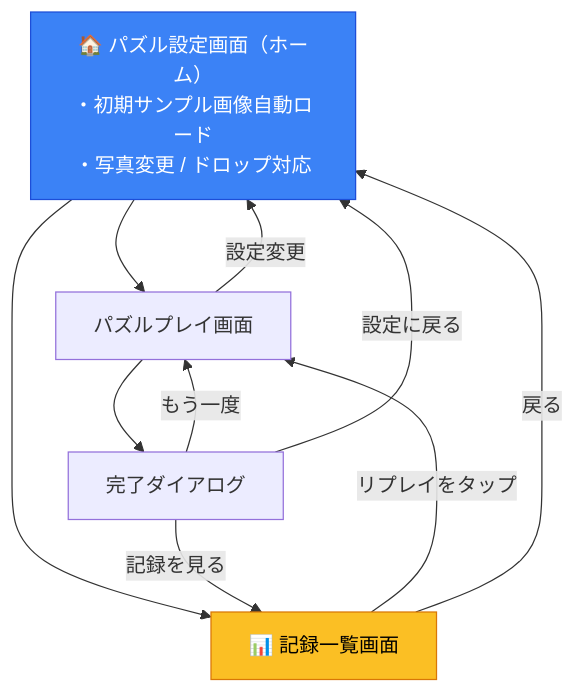
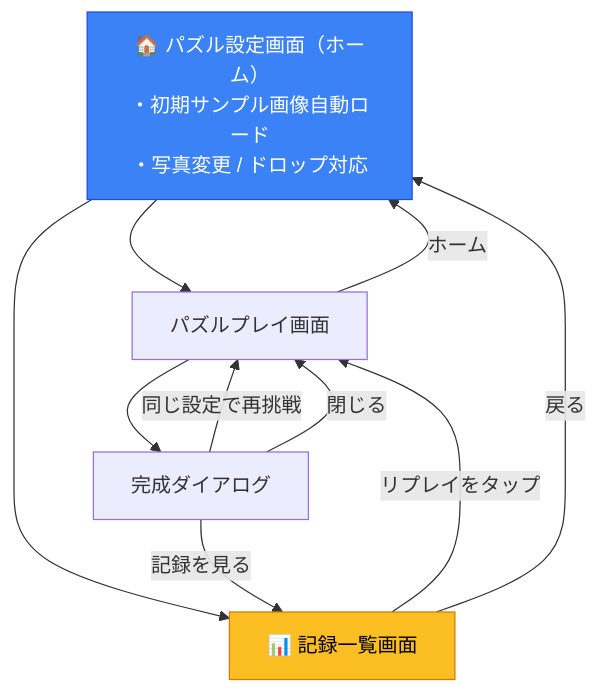
The diagram in docs/records-feature-spec.md (Bamboosato/app-slide-puzzle-lab), drawn with Mermaid before and after one commit. The commit also changed other lines of this file and 9 other files, not shown here.

````diff
--- a/docs/records-feature-spec.md
+++ b/docs/records-feature-spec.md
@@ -97,17 +101,17 @@
 ```mermaid
 flowchart TD
     B["🏠 パズル設定画面（ホーム）\n・初期サンプル画像自動ロード\n・写真変更 / ドロップ対応"] --> C["パズルプレイ画面"]
     B --> E["📊 記録一覧画面"]
     
-    C --> D["完了ダイアログ"]
-    D -->|もう一度| C
-    D -->|設定に戻る| B
+    C --> D["完成ダイアログ"]
+    D -->|同じ設定で再挑戦| C
+    D -->|閉じる| C
     D -->|記録を見る| E
     
-    C -->|設定変更| B
+    C -->|ホーム| B
     E -->|リプレイをタップ| C
     E -->|戻る| B
 
     style B fill:#3b82f6,stroke:#1d4ed8,color:#fff
     style E fill:#fbbf24,stroke:#d97706,color:#000
 ```
````
